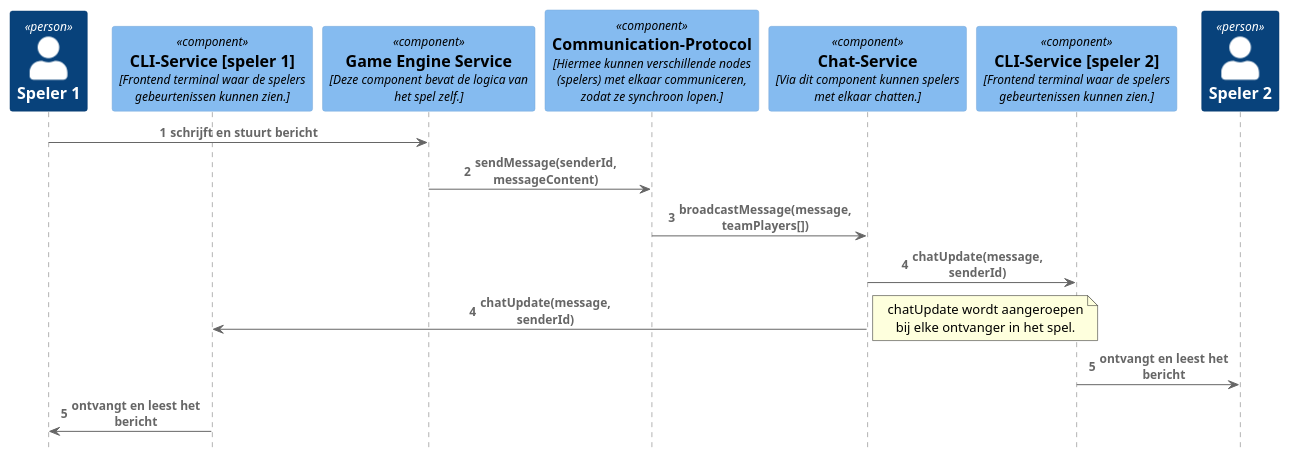
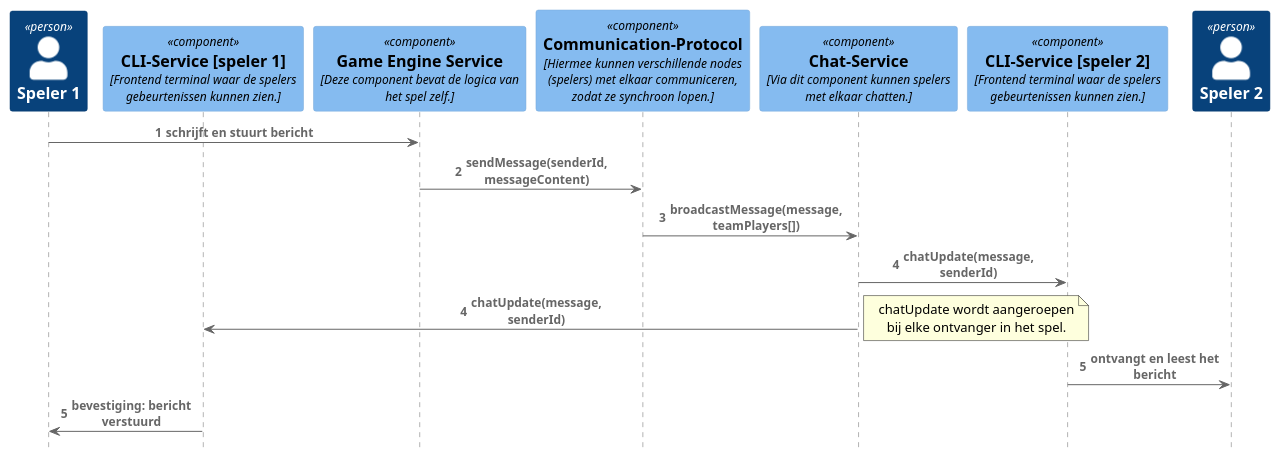
Before and after one commit to DaanBannaan/SAD-sequentie: the diagram in chatSequenceDiagram.puml, drawn with PlantUML.

```diff
--- a/chatSequenceDiagram.puml
+++ b/chatSequenceDiagram.puml
@@ -1,35 +1,35 @@
 @startuml
 !include https://raw.githubusercontent.com/plantuml-stdlib/C4-PlantUML/master/C4_Sequence.puml
 
 autonumber
 
 
 Person(user, "Speler 1")
 
 Component(cli1, "CLI-Service [speler 1]", "Frontend terminal waar de spelers gebeurtenissen kunnen zien.")
 Component(engine, "Game Engine Service", "Deze component bevat de logica van het spel zelf.")
 Component(communication, "Communication-Protocol", "Hiermee kunnen verschillende nodes (spelers) met elkaar communiceren, zodat ze synchroon lopen.")
 Component(chat, "Chat-Service", "Via dit component kunnen spelers met elkaar chatten.")
 Component(cli2, "CLI-Service [speler 2]", "Frontend terminal waar de spelers gebeurtenissen kunnen zien.")
 
 Person(user2, "Speler 2")
 
 Rel(user, engine, "schrijft en stuurt bericht")
 Rel(engine, communication, "sendMessage(senderId, messageContent)")
 Rel(communication, chat, "broadcastMessage(message, teamPlayers[])")
 Rel(chat, cli2, "chatUpdate(message, senderId)")
 autonumber 4
 Rel(chat, cli1, "chatUpdate(message, senderId)")
 
 note right
     chatUpdate wordt aangeroepen bij elke ontvanger in het spel.
 end note
 
 Rel(cli2, user2, "ontvangt en leest het bericht")
 autonumber 5
-Rel(cli1, user, "ontvangt en leest het bericht")
+Rel(cli1, user, "bevestiging: bericht verstuurd")
 
 
 
 
 @enduml
```
